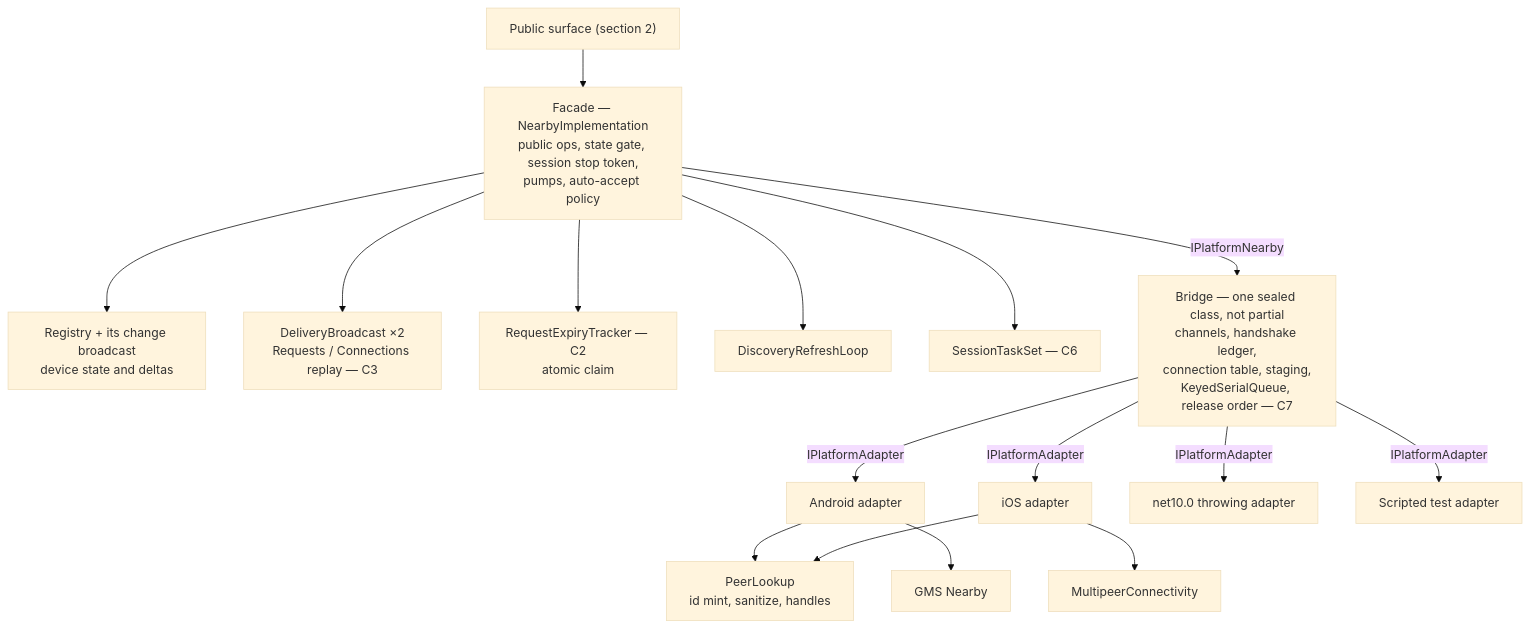
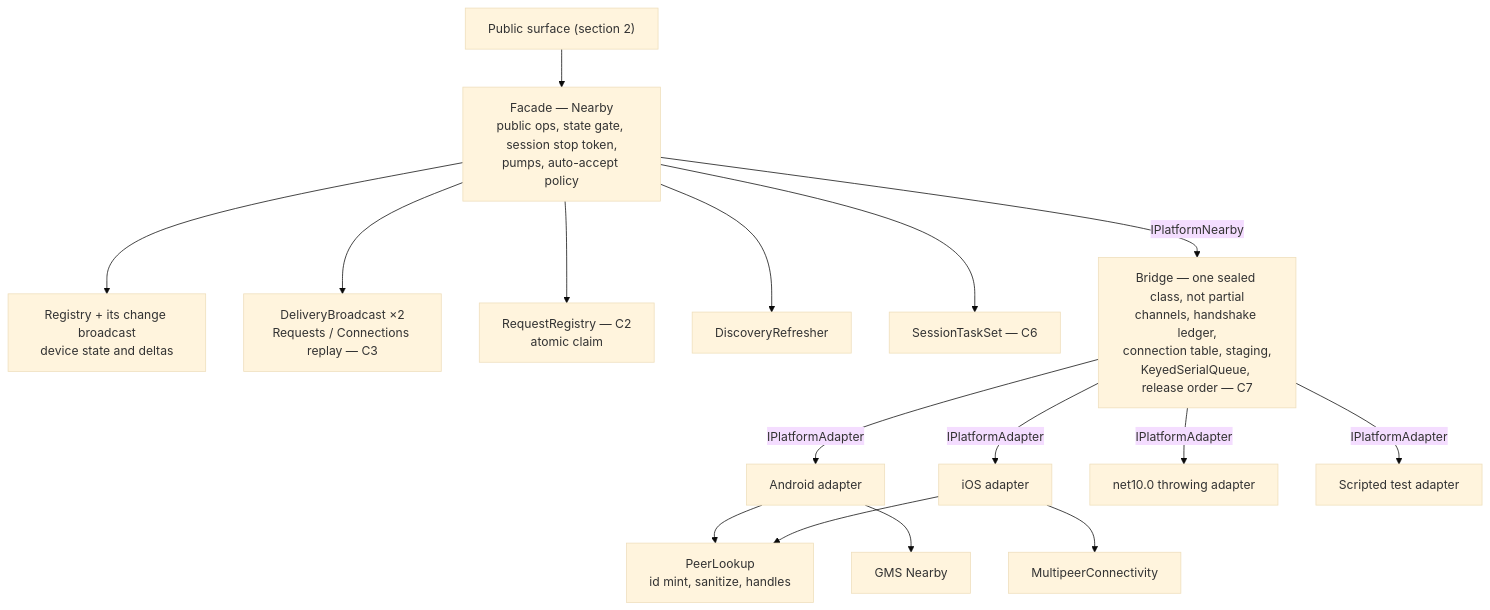
One commit to phunkeler/Plugin.Maui.NearbyConnections changed the fourth of 9 diagrams in docs/ARCHITECTURE.md. Above: the diagram before and after it, drawn with Mermaid (base theme). The commit also changed other lines of this file, not shown here.

Commit message:
architecture design doc

````diff
--- a/docs/ARCHITECTURE.md
+++ b/docs/ARCHITECTURE.md
@@ -345,17 +379,17 @@
 ```mermaid
 flowchart TD
-    API["Public surface (section 2)"] --> FAC["Facade — NearbyImplementation<br/>public ops, state gate, session stop token,<br/>pumps, auto-accept policy"]
+    API["Public surface (section 2)"] --> FAC["Facade — Nearby<br/>public ops, state gate, session stop token,<br/>pumps, auto-accept policy"]
     FAC --> REG["Registry + its change broadcast<br/>device state and deltas"]
     FAC --> DELIV["DeliveryBroadcast ×2<br/>Requests / Connections replay — C3"]
-    FAC --> EXP["RequestExpiryTracker — C2<br/>atomic claim"]
-    FAC --> REF["DiscoveryRefreshLoop"]
+    FAC --> EXP["RequestRegistry — C2<br/>atomic claim"]
+    FAC --> REF["DiscoveryRefresher"]
     FAC --> JOIN["SessionTaskSet — C6"]
     FAC -->|"IPlatformNearby"| BR["Bridge — one sealed class, not partial<br/>channels, handshake ledger,<br/>connection table, staging,<br/>KeyedSerialQueue, release order — C7"]
     BR -->|"IPlatformAdapter"| AND["Android adapter"]
     BR -->|"IPlatformAdapter"| IOS["iOS adapter"]
     BR -->|"IPlatformAdapter"| NET["net10.0 throwing adapter"]
     BR -->|"IPlatformAdapter"| SCRIPT["Scripted test adapter"]
     AND & IOS --> LOOK["PeerLookup<br/>id mint, sanitize, handles"]
     AND --> GMS["GMS Nearby"]
     IOS --> MPC["MultipeerConnectivity"]
 ```
````
